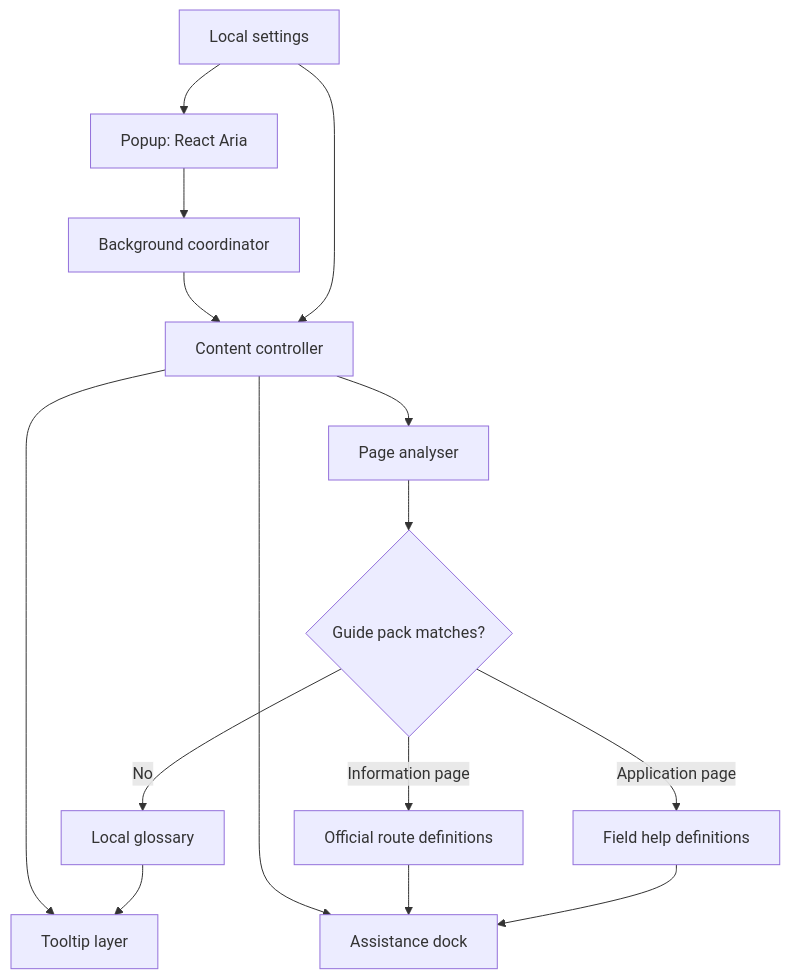
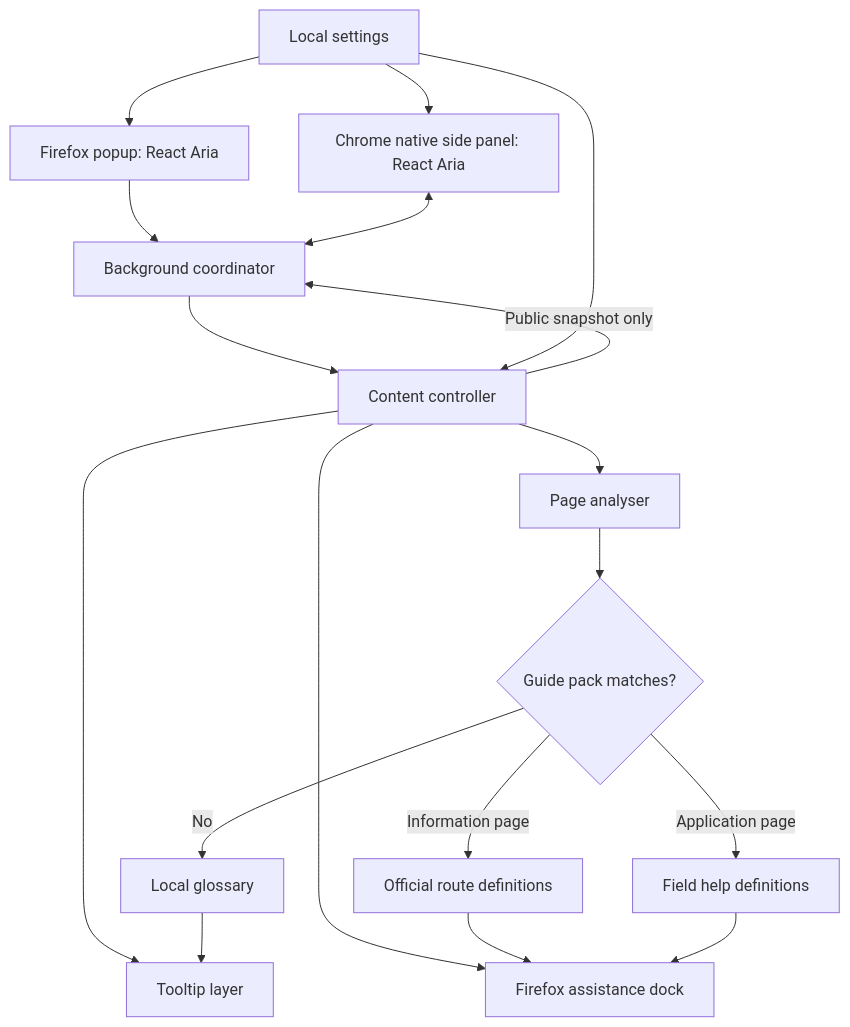
The diagram in docs/architecture.md (Ryosuke-Asano/silver-guide-extension), drawn with Mermaid before and after one commit. The commit also changed other lines of this file and 23 other files, not shown here.

````diff
--- a/docs/architecture.md
+++ b/docs/architecture.md
@@ -11,17 +13,20 @@
 ```mermaid
 flowchart TB
-  P[Popup: React Aria] --> B[Background coordinator]
+  P[Firefox popup: React Aria] --> B[Background coordinator]
+  SP[Chrome native side panel: React Aria] <--> B
   B --> C[Content controller]
   C --> A[Page analyser]
   C --> T[Tooltip layer]
-  C --> D[Assistance dock]
+  C --> D[Firefox assistance dock]
+  C -->|Public snapshot only| B
   A --> G{Guide pack matches?}
   G -->|No| L[Local glossary]
   G -->|Information page| R[Official route definitions]
   G -->|Application page| F[Field help definitions]
   L --> T
   R --> D
   F --> D
   S[Local settings] --> P
+  S --> SP
   S --> C
 ```
````
